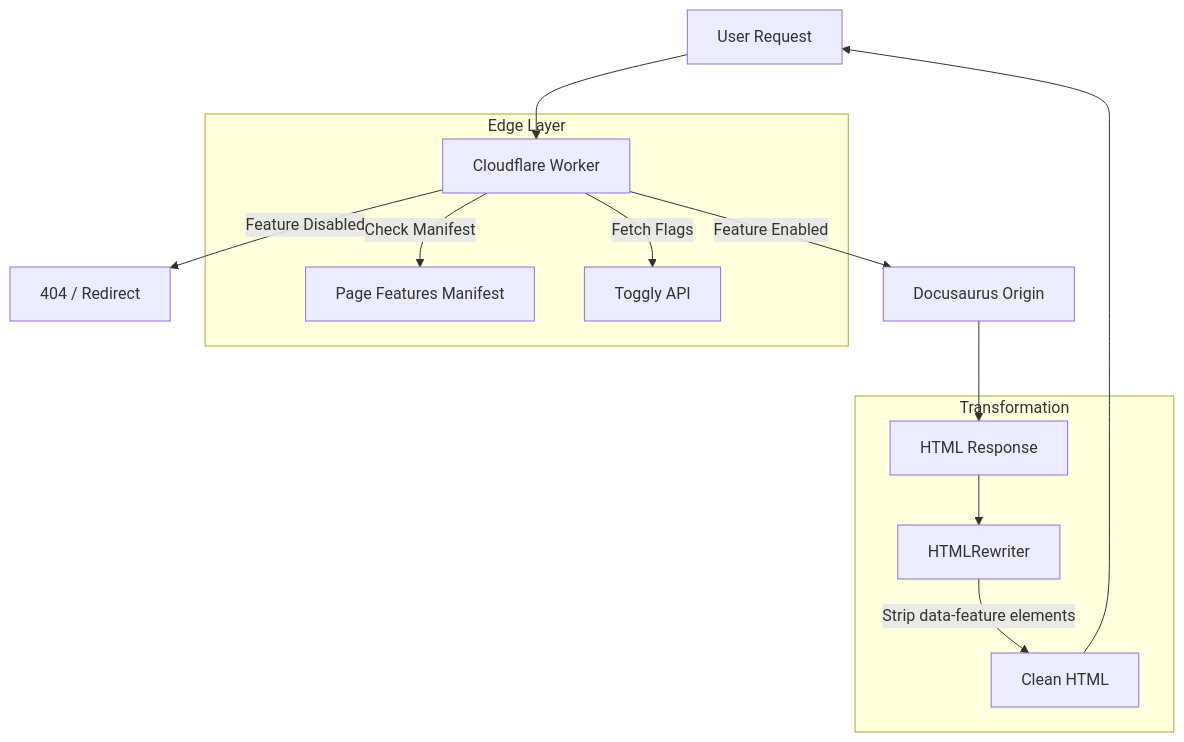
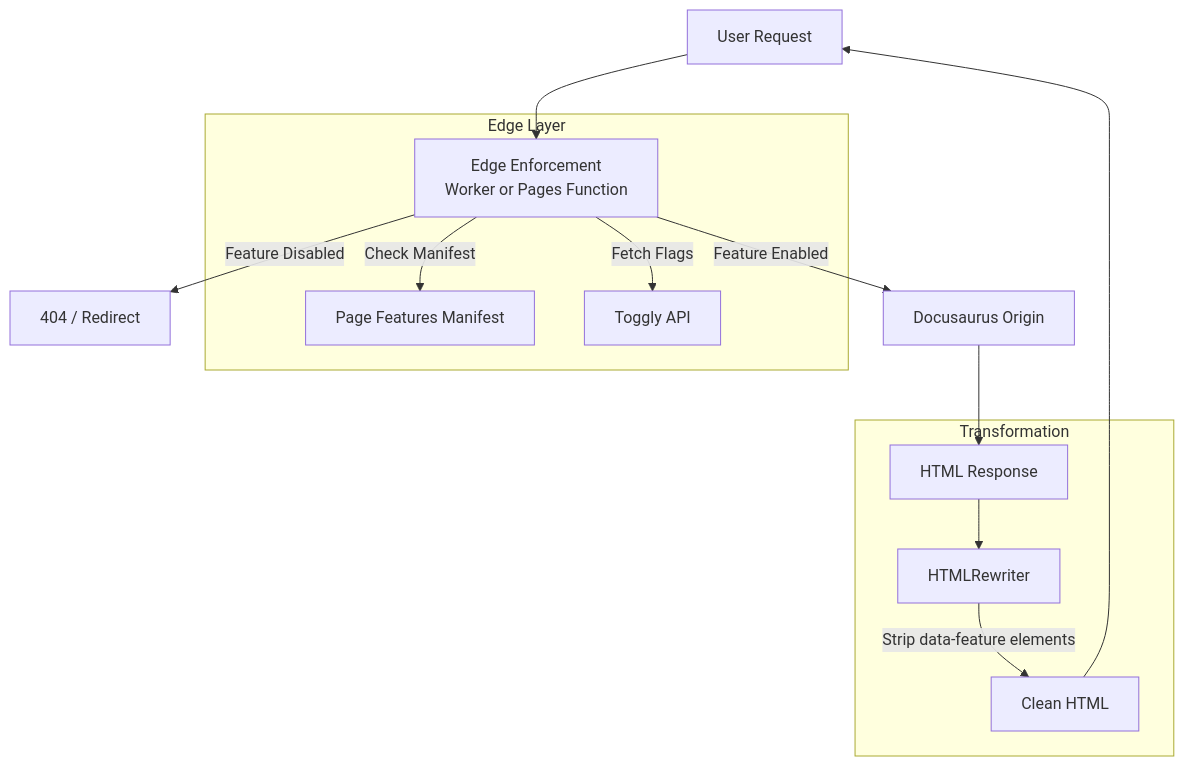
Before and after one commit to ops-ai/Toggly.FeatureManagement: the diagram in toggly-docusaurus-edge-sdk/README.md, drawn with Mermaid. The commit also changed other lines of this file and 6 other files, not shown here.

First line of the commit message:
Added Pages Functions install path to Toggly Docusaurus edge SDK

````diff
--- a/toggly-docusaurus-edge-sdk/README.md
+++ b/toggly-docusaurus-edge-sdk/README.md
@@ -17,21 +17,21 @@
 ```mermaid
 graph TD
-    User[User Request] --> Worker[Cloudflare Worker]
-    
+    User[User Request] --> Edge[Edge Enforcement<br/>Worker or Pages Function]
+
     subgraph "Edge Layer"
-    Worker -->|Check Manifest| Manifest[Page Features Manifest]
-    Worker -->|Fetch Flags| Toggly[Toggly API]
+    Edge -->|Check Manifest| Manifest[Page Features Manifest]
+    Edge -->|Fetch Flags| Toggly[Toggly API]
     end
-    
-    Worker -- Feature Disabled --> 404[404 / Redirect]
-    Worker -- Feature Enabled --> Origin[Docusaurus Origin]
-    
+
+    Edge -- Feature Disabled --> 404[404 / Redirect]
+    Edge -- Feature Enabled --> Origin[Docusaurus Origin]
+
     Origin --> HTML[HTML Response]
-    
+
     subgraph "Transformation"
     HTML --> Rewriter[HTMLRewriter]
     Rewriter -->|Strip data-feature elements| CleanHTML[Clean HTML]
     end
-    
+
     CleanHTML --> User
 ```
````
